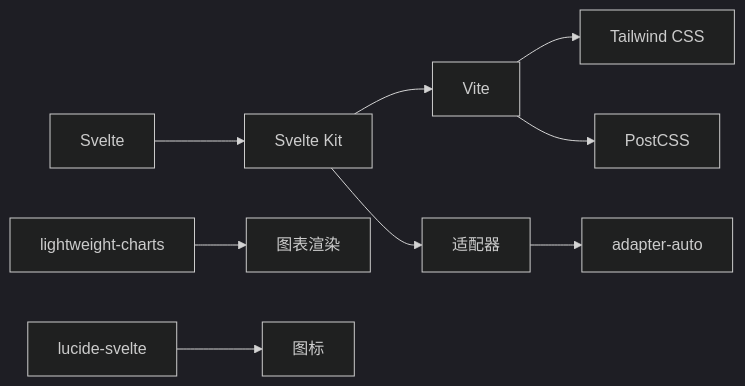
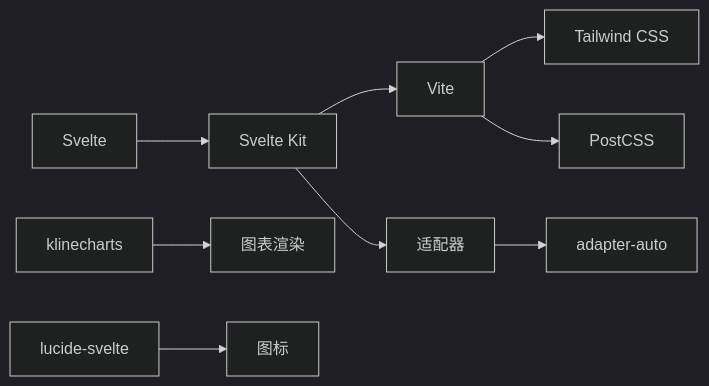
Before and after one commit to yjydmlh/turtle: the seventh of 7 diagrams in doc/前端架构/前端组件架构/前端组件架构.md, drawn with Mermaid (dark theme). The commit also changed 9 other files, not shown here.

````diff
--- a/doc/前端架构/前端组件架构/前端组件架构.md
+++ b/doc/前端架构/前端组件架构/前端组件架构.md
@@ -188,11 +188,11 @@
 ```mermaid
 graph LR
 A[Svelte] --> B[Svelte Kit]
 B --> C[Vite]
 C --> D[Tailwind CSS]
 C --> E[PostCSS]
-F[lightweight-charts] --> G[图表渲染]
+F[klinecharts] --> G[图表渲染]
 H[lucide-svelte] --> I[图标]
 B --> J[适配器]
 J --> K[adapter-auto]
 ```
````
